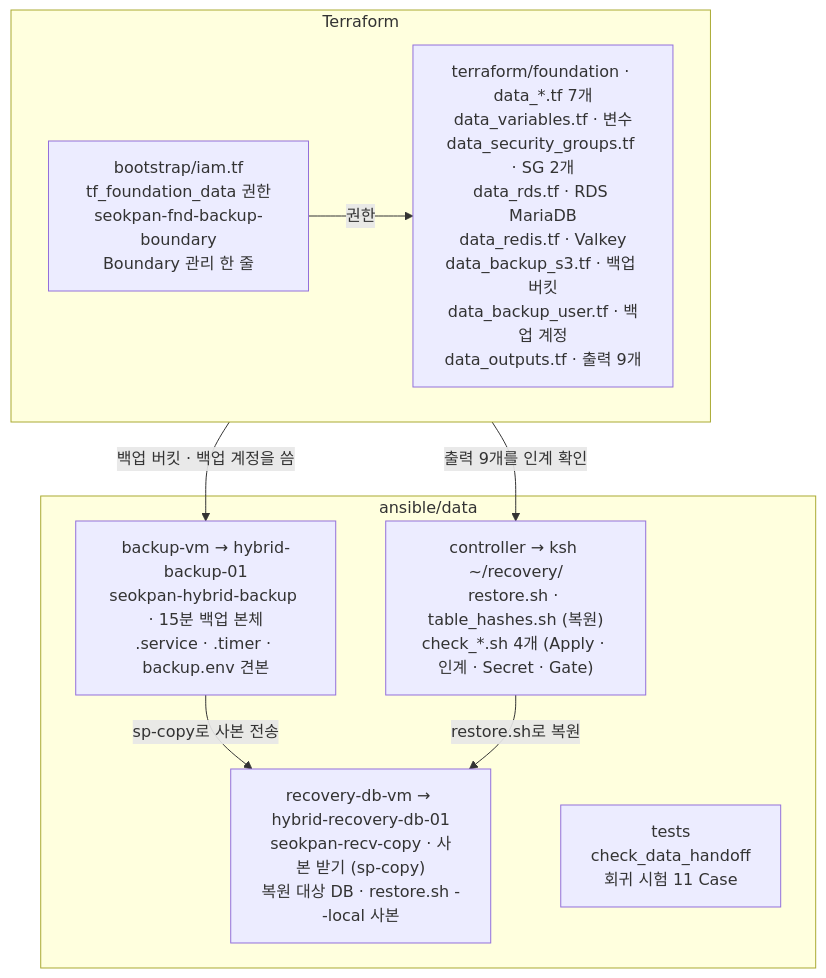
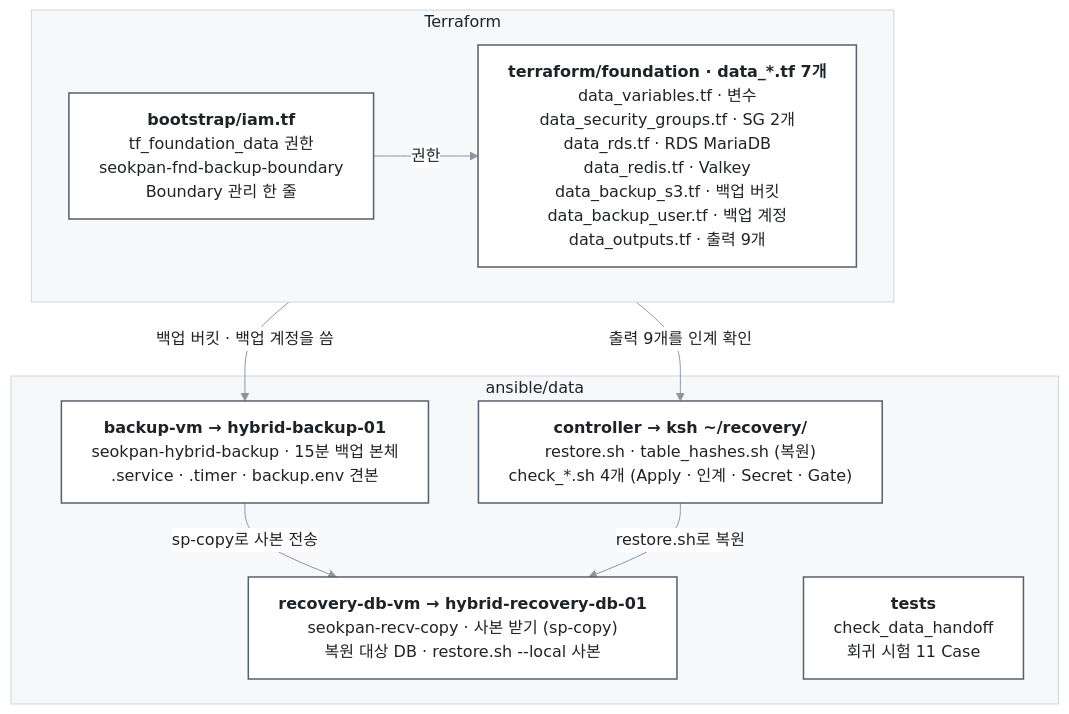
Before and after one commit to seokpan/seokpan-hybrid-docs: the first of 2 diagrams in execution/data-handoff/DATA_CODE_WALKTHROUGH_20261014.md, drawn with Mermaid. The commit also changed other lines of this file and 1 other file, not shown here.

Commit message:
docs: 인수인계 Mermaid 그림 다크 모드 가독성 수정

````diff
--- a/execution/data-handoff/DATA_CODE_WALKTHROUGH_20261014.md
+++ b/execution/data-handoff/DATA_CODE_WALKTHROUGH_20261014.md
@@ -19,19 +19,22 @@
 ```mermaid
+%%{init: {"theme":"base","themeVariables":{"fontSize":"16px","primaryColor":"#ffffff","primaryTextColor":"#1f2328","primaryBorderColor":"#57606a","lineColor":"#8c959f","secondaryColor":"#f6f8fa","tertiaryColor":"#f6f8fa","clusterBkg":"#f6f8fa","clusterBorder":"#d0d7de","edgeLabelBackground":"#ffffff","titleColor":"#1f2328"},"flowchart":{"wrappingWidth":420}}}%%
 flowchart TB
   subgraph TF["Terraform"]
     direction LR
-    BS["bootstrap/iam.tf<br/>tf_foundation_data 권한<br/>seokpan-fnd-backup-boundary<br/>Boundary 관리 한 줄"]
-    FD["terraform/foundation · data_*.tf 7개<br/>data_variables.tf · 변수<br/>data_security_groups.tf · SG 2개<br/>data_rds.tf · RDS MariaDB<br/>data_redis.tf · Valkey<br/>data_backup_s3.tf · 백업 버킷<br/>data_backup_user.tf · 백업 계정<br/>data_outputs.tf · 출력 9개"]
+    BS["<b>bootstrap/iam.tf</b><br/>tf_foundation_data 권한<br/>seokpan-fnd-backup-boundary<br/>Boundary 관리 한 줄"]
+    FD["<b>terraform/foundation · data_*.tf 7개</b><br/>data_variables.tf · 변수<br/>data_security_groups.tf · SG 2개<br/>data_rds.tf · RDS MariaDB<br/>data_redis.tf · Valkey<br/>data_backup_s3.tf · 백업 버킷<br/>data_backup_user.tf · 백업 계정<br/>data_outputs.tf · 출력 9개"]
     BS -- "권한" --> FD
   end
   subgraph AD["ansible/data"]
-    BV["backup-vm → hybrid-backup-01<br/>seokpan-hybrid-backup · 15분 백업 본체<br/>.service · .timer · backup.env 견본"]
-    CT["controller → ksh ~/recovery/<br/>restore.sh · table_hashes.sh (복원)<br/>check_*.sh 4개 (Apply · 인계 · Secret · Gate)"]
-    RV["recovery-db-vm → hybrid-recovery-db-01<br/>seokpan-recv-copy · 사본 받기 (sp-copy)<br/>복원 대상 DB · restore.sh --local 사본"]
-    TS["tests<br/>check_data_handoff<br/>회귀 시험 11 Case"]
+    BV["<b>backup-vm → hybrid-backup-01</b><br/>seokpan-hybrid-backup · 15분 백업 본체<br/>.service · .timer · backup.env 견본"]
+    CT["<b>controller → ksh ~/recovery/</b><br/>restore.sh · table_hashes.sh (복원)<br/>check_*.sh 4개 (Apply · 인계 · Secret · Gate)"]
+    RV["<b>recovery-db-vm → hybrid-recovery-db-01</b><br/>seokpan-recv-copy · 사본 받기 (sp-copy)<br/>복원 대상 DB · restore.sh --local 사본"]
+    TS["<b>tests</b><br/>check_data_handoff<br/>회귀 시험 11 Case"]
   end
   FD -- "백업 버킷 · 백업 계정을 씀" --> BV
   FD -- "출력 9개를 인계 확인" --> CT
   BV -- "sp-copy로 사본 전송" --> RV
   CT -- "restore.sh로 복원" --> RV
+  classDef box fill:#ffffff,stroke:#57606a,stroke-width:1.5px,color:#1f2328;
+  class BS,FD,BV,CT,RV,TS box;
 ```
````
